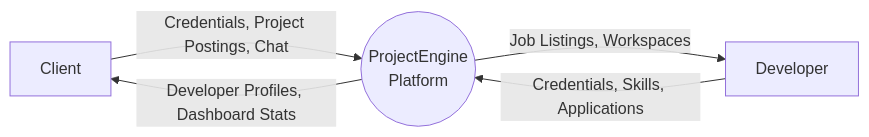
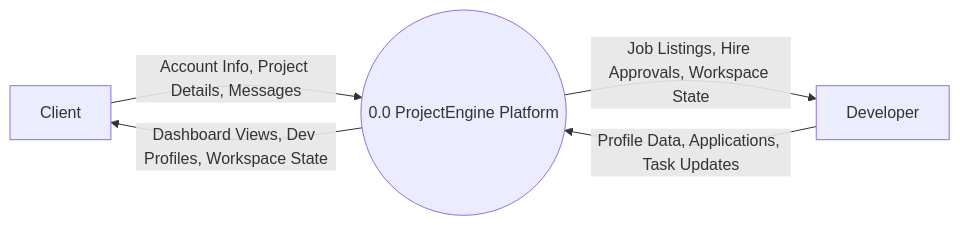
The second of 4 diagrams in README.md (qhmed67/ReadmeTest), drawn with Mermaid before and after one commit. The commit also changed other lines of this file, not shown here.

````diff
--- a/README.md
+++ b/README.md
@@ -86,12 +90,12 @@
 ```mermaid
 flowchart LR
     Client[Client]
     Dev[Developer]
-    Sys((ProjectEngine\nPlatform))
+    Sys((0.0 ProjectEngine Platform))
 
-    Client -- "Credentials, Project Postings, Chat" --> Sys
-    Sys -- "Developer Profiles, Dashboard Stats" --> Client
+    Client -- "Account Info, Project Details, Messages" --> Sys
+    Sys -- "Dashboard Views, Dev Profiles, Workspace State" --> Client
 
-    Dev -- "Credentials, Skills, Applications" --> Sys
-    Sys -- "Job Listings, Workspaces" --> Dev
+    Dev -- "Profile Data, Applications, Task Updates" --> Sys
+    Sys -- "Job Listings, Hire Approvals, Workspace State" --> Dev
 ```
````
